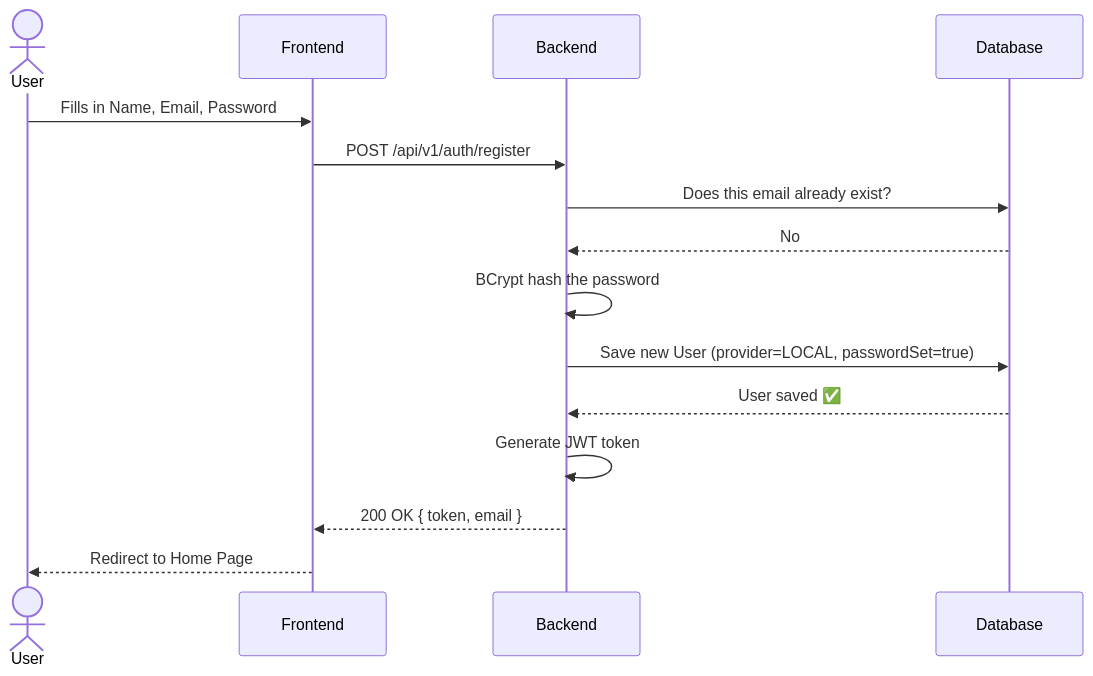
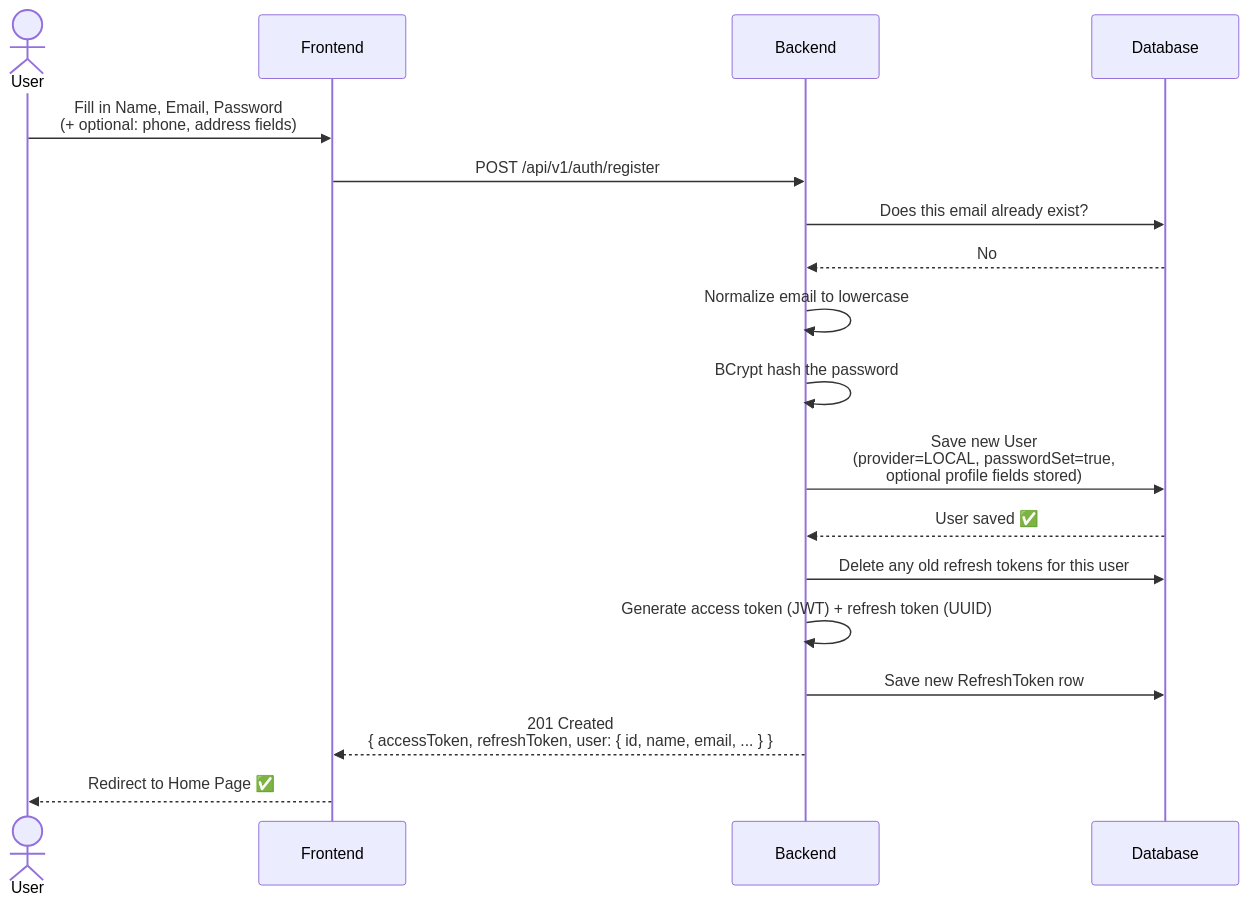
Before and after one commit to akash-beura/login-system: the first of 7 diagrams in docs/backend-readme.md, drawn with Mermaid. The commit also changed other lines of this file, not shown here.

Commit message:
update backend readme

````diff
--- a/docs/backend-readme.md
+++ b/docs/backend-readme.md
@@ -415,18 +727,24 @@
 ```mermaid
 sequenceDiagram
     actor User
     participant Frontend
     participant Backend
     participant Database
 
-    User->>Frontend: Fills in Name, Email, Password
+    User->>Frontend: Fill in Name, Email, Password<br/>(+ optional: phone, address fields)
     Frontend->>Backend: POST /api/v1/auth/register
     Backend->>Database: Does this email already exist?
     Database-->>Backend: No
+
+    Backend->>Backend: Normalize email to lowercase
     Backend->>Backend: BCrypt hash the password
-    Backend->>Database: Save new User (provider=LOCAL, passwordSet=true)
+    Backend->>Database: Save new User<br/>(provider=LOCAL, passwordSet=true,<br/>optional profile fields stored)
     Database-->>Backend: User saved ✅
-    Backend->>Backend: Generate JWT token
-    Backend-->>Frontend: 200 OK { token, email }
-    Frontend-->>User: Redirect to Home Page
+
+    Backend->>Database: Delete any old refresh tokens for this user
+    Backend->>Backend: Generate access token (JWT) + refresh token (UUID)
+    Backend->>Database: Save new RefreshToken row
+
+    Backend-->>Frontend: 201 Created<br/>{ accessToken, refreshToken, user: { id, name, email, ... } }
+    Frontend-->>User: Redirect to Home Page ✅
 ```
````
